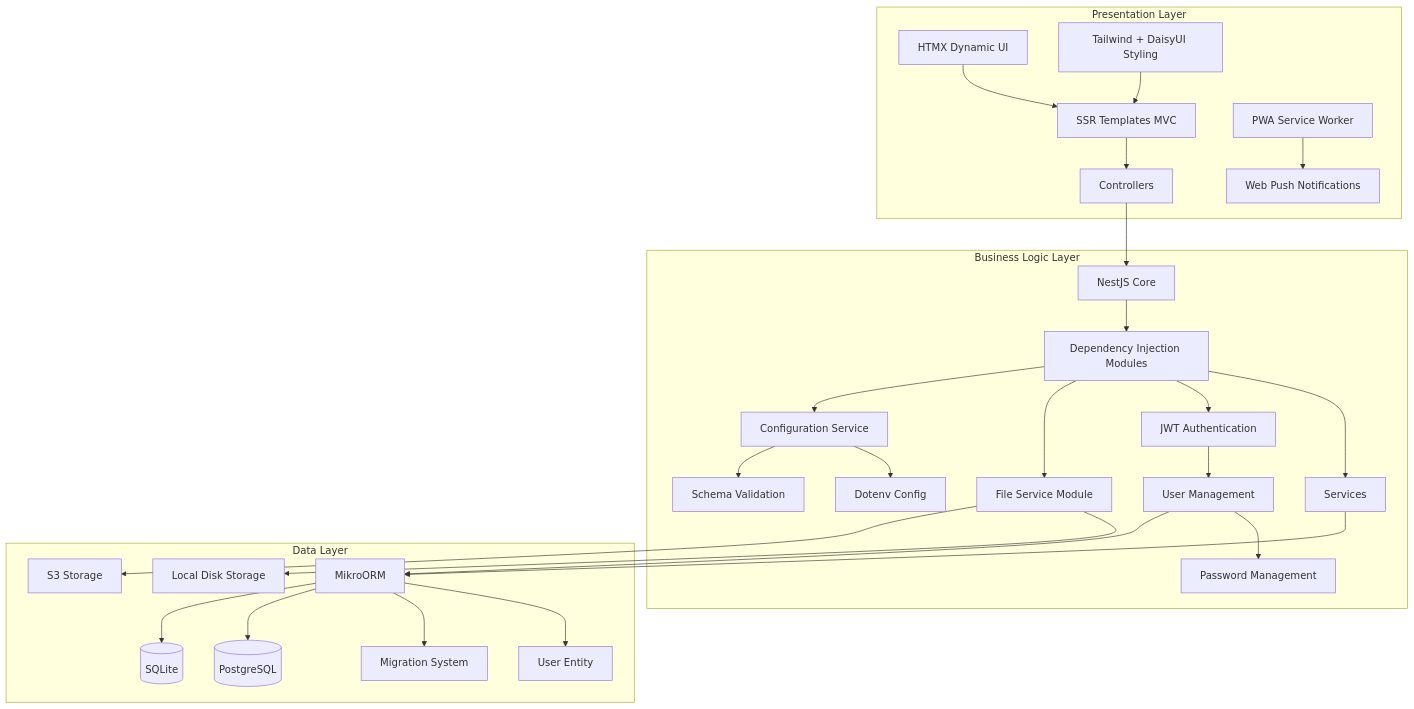
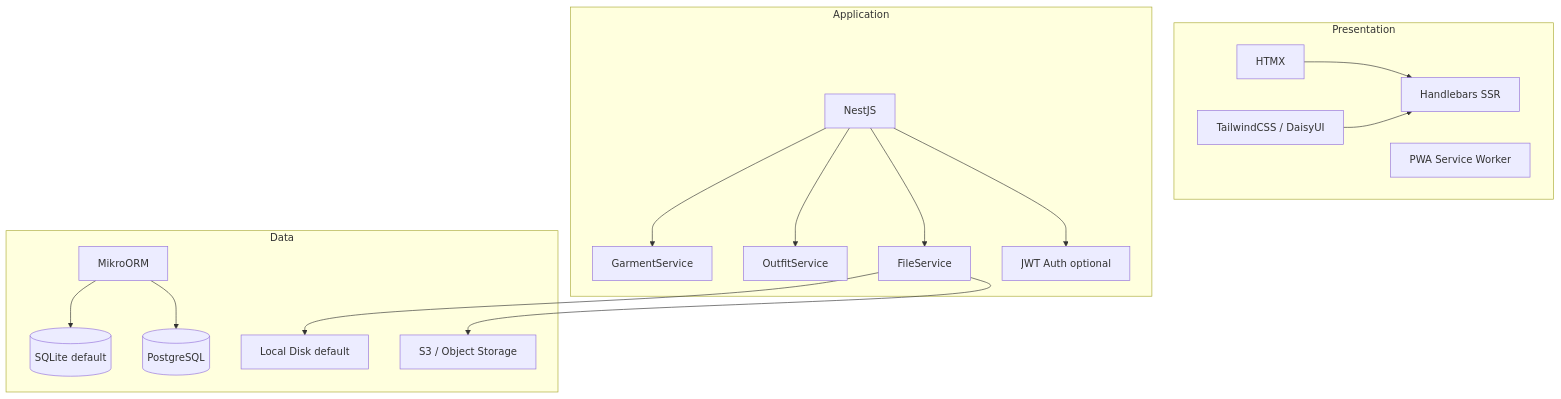
Before and after one commit to agandhi4/closet: the first of 2 diagrams in README.md, drawn with Mermaid. The commit also changed other lines of this file and 32 other files, not shown here.

````diff
--- a/README.md
+++ b/README.md
@@ -11,59 +39,35 @@
 ```mermaid
 graph TB
-    subgraph "Presentation Layer"
-        A[HTMX Dynamic UI]
-        B[Tailwind + DaisyUI Styling]
-        C[SSR Templates MVC]
+    subgraph "Presentation"
+        A[HTMX]
+        B[TailwindCSS / DaisyUI]
+        C[Handlebars SSR]
         D[PWA Service Worker]
-        E[Web Push Notifications]
-        F[Controllers]
-
         A --> C
         B --> C
-        D --> E
-        C --> F
     end
 
-    subgraph "Business Logic Layer"
-        G[NestJS Core]
-        H[Dependency Injection Modules]
-        I[Services]
-        J[JWT Authentication]
-        K[User Management]
-        L[Password Management]
-        M[File Service Module]
-        N[Configuration Service]
-        O[Dotenv Config]
-        P[Schema Validation]
+    subgraph "Application"
+        E[NestJS]
+        F[GarmentService]
+        G[OutfitService]
+        H[FileService]
+        I[JWT Auth optional]
+        E --> F
+        E --> G
+        E --> H
+        E --> I
+    end
 
-        F --> G
-        G --> H
-        H --> I
-        H --> J
+    subgraph "Data"
+        J[MikroORM]
+        K[(SQLite default)]
+        L[(PostgreSQL)]
+        M[Local Disk default]
+        N[S3 / Object Storage]
         J --> K
-        K --> L
+        J --> L
         H --> M
         H --> N
-        N --> O
-        N --> P
-    end
-
-    subgraph "Data Layer"
-        Q[MikroORM]
-        R[User Entity]
-        S[(PostgreSQL)]
-        T[(SQLite)]
-        U[Migration System]
-        V[Local Disk Storage]
-        W[S3 Storage]
-
-        I --> Q
-        K --> Q
-        Q --> R
-        Q --> U
-        Q --> S
-        Q --> T
-        M --> V
-        M --> W
     end
 ```
````
